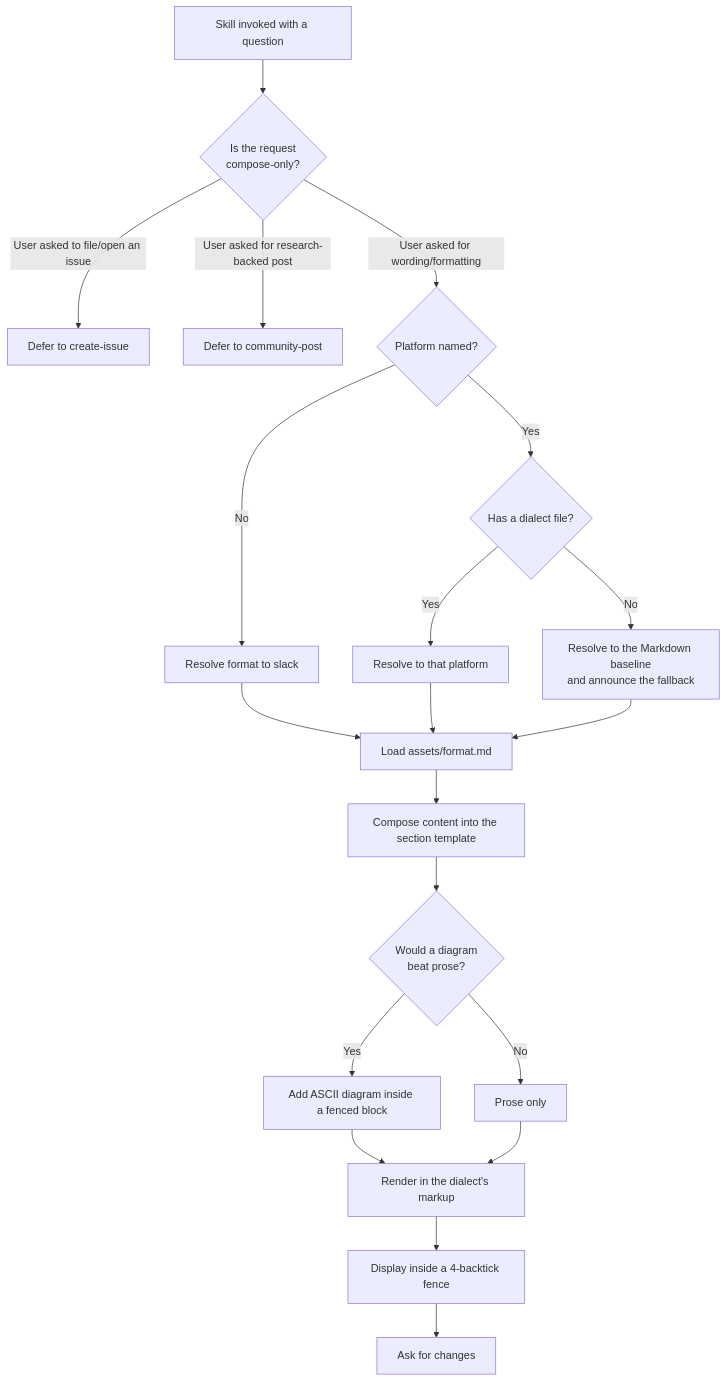
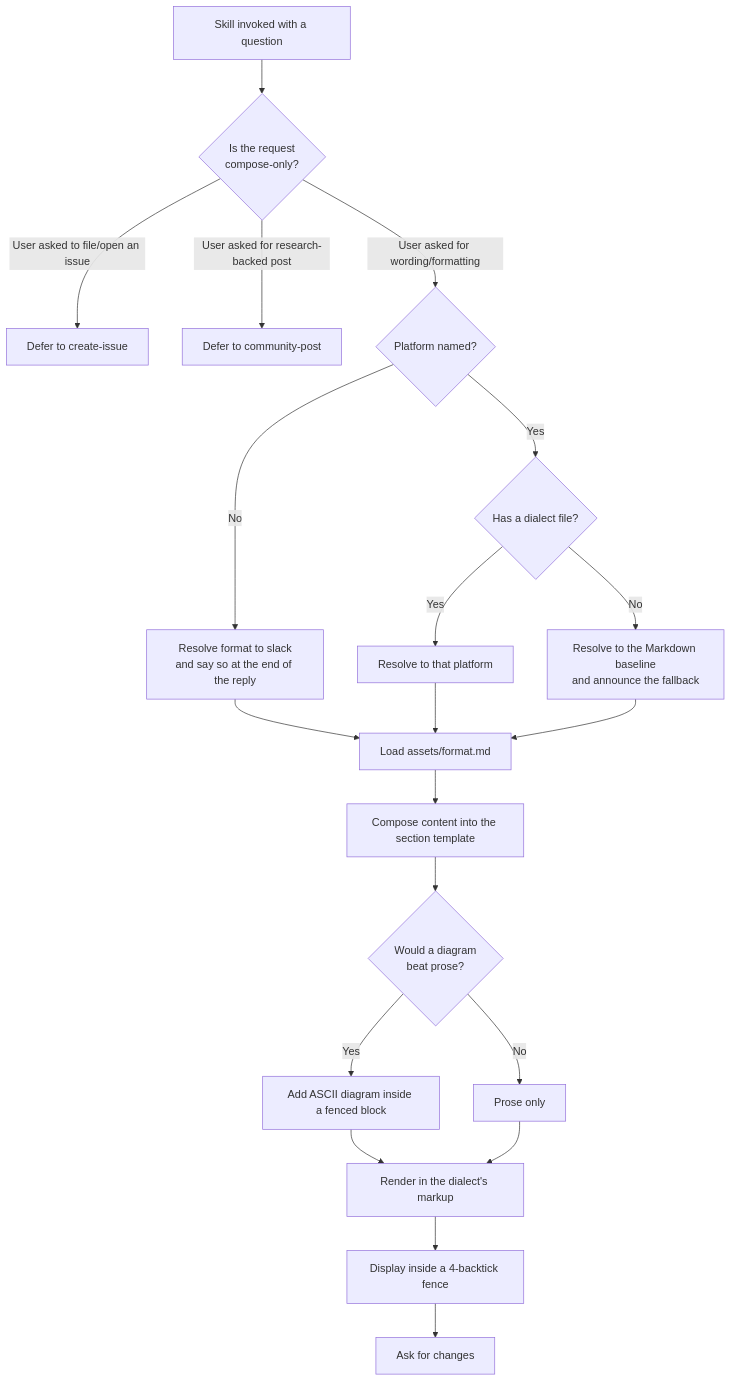
Before and after one commit to repobuddy/repobuddy: the first of 2 diagrams in .agents/spec/agent-skills/to-question/README.md, drawn with Mermaid. The commit also changed other lines of this file and 2 other files, not shown here.

````diff
--- a/.agents/spec/agent-skills/to-question/README.md
+++ b/.agents/spec/agent-skills/to-question/README.md
@@ -134,22 +134,22 @@
 ```mermaid
 graph TD
     A[Skill invoked with a question] --> B{Is the request<br/>compose-only?}
     B -->|User asked to file/open an issue| C[Defer to create-issue]
     B -->|User asked for research-backed post| D[Defer to community-post]
     B -->|User asked for wording/formatting| E{Platform named?}
-    E -->|No| F[Resolve format to slack]
+    E -->|No| F[Resolve format to slack<br/>and say so at the end of the reply]
     E -->|Yes| G{Has a dialect file?}
     G -->|Yes| G1[Resolve to that platform]
     G -->|No| G2[Resolve to the Markdown baseline<br/>and announce the fallback]
     F --> H[Load assets/format.md]
     G1 --> H
     G2 --> H
     H --> I[Compose content into the section template]
     I --> J{Would a diagram<br/>beat prose?}
     J -->|Yes| K[Add ASCII diagram inside a fenced block]
     J -->|No| L[Prose only]
     K --> M[Render in the dialect's markup]
     L --> M
     M --> N[Display inside a 4-backtick fence]
     N --> O[Ask for changes]
 ```
````
